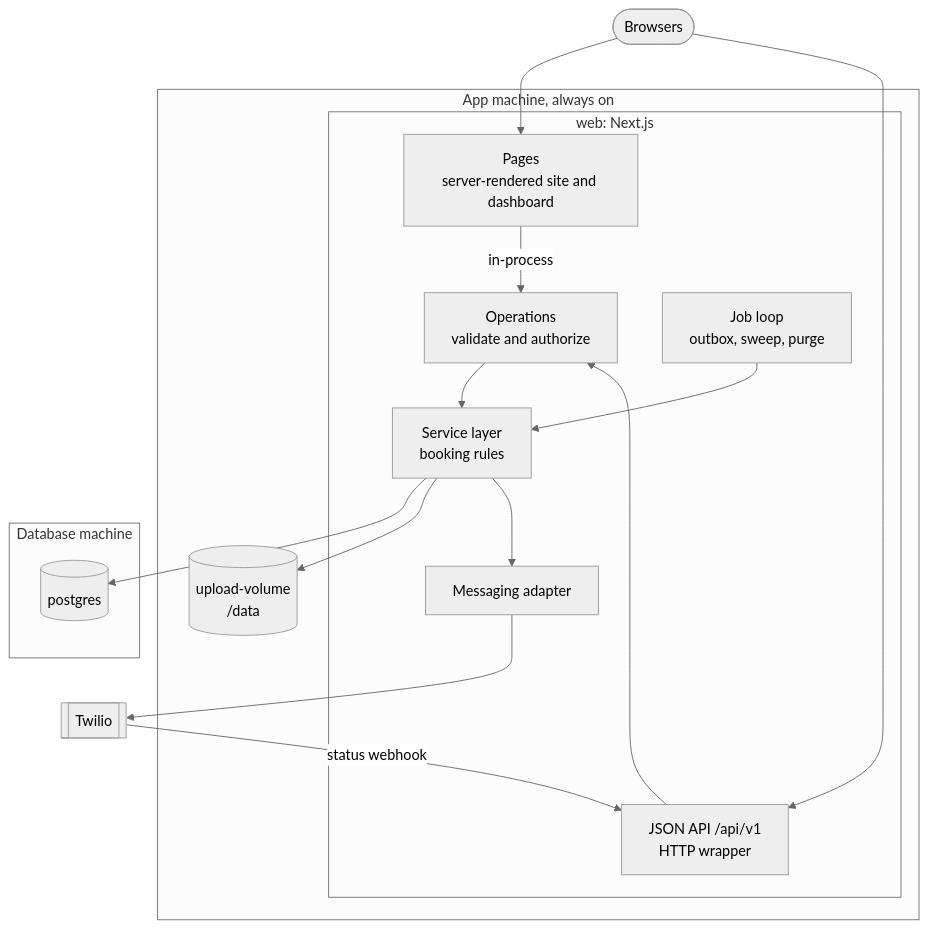
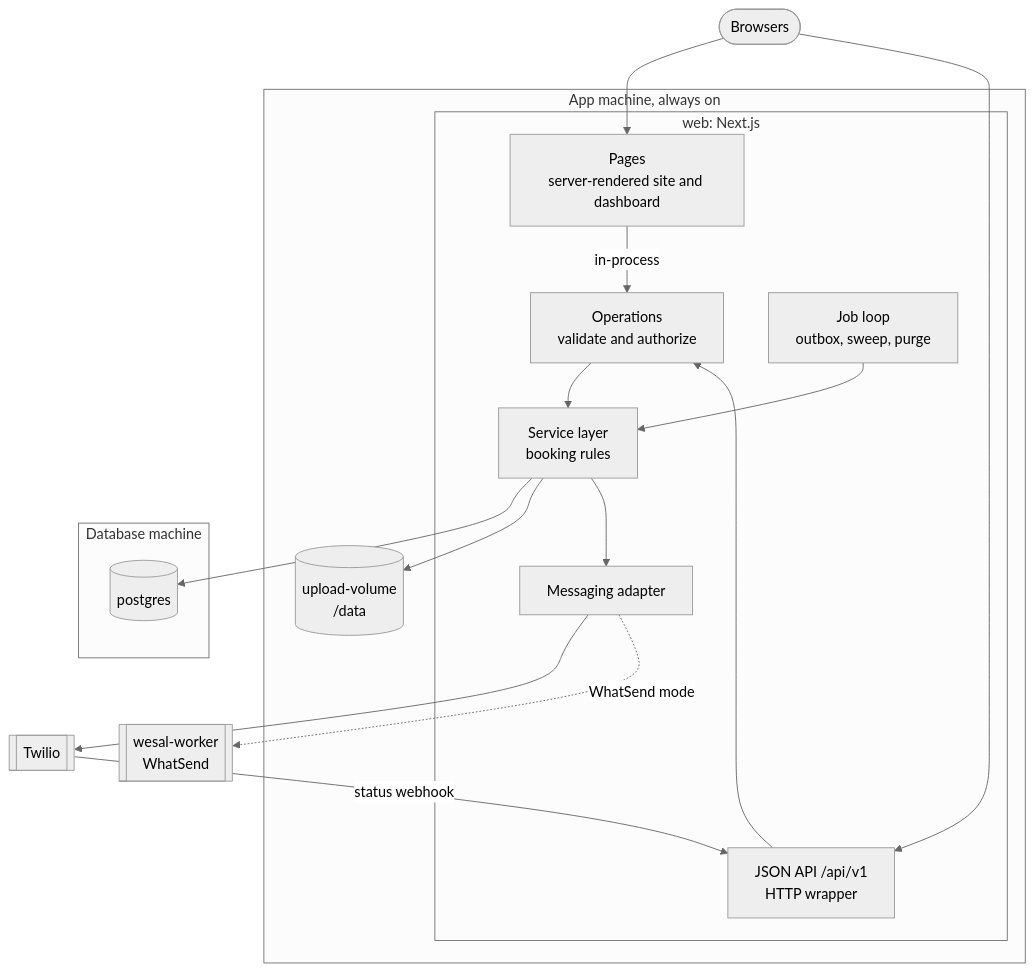
One commit to ZamzamMasjid/wesal changed the second of 3 diagrams in docs/architecture/overview.md. Above: the diagram before and after it, drawn with Mermaid (neutral theme). The commit also changed other lines of this file and 15 other files, not shown here.

First line of the commit message:
docs: reconcile the architecture with the WhatSend provider:

````diff
--- a/docs/architecture/overview.md
+++ b/docs/architecture/overview.md
@@ -50,30 +56,32 @@
 ```mermaid
 flowchart TB
   browser([Browsers])
   twilio[[Twilio]]
+  worker[[wesal-worker<br/>WhatSend]]
   subgraph appmachine [App machine, always on]
     subgraph web [web: Next.js]
       pages[Pages<br/>server-rendered site and dashboard]
       api[JSON API /api/v1<br/>HTTP wrapper]
       ops[Operations<br/>validate and authorize]
       services[Service layer<br/>booking rules]
       jobs[Job loop<br/>outbox, sweep, purge]
       adapter[Messaging adapter]
     end
     volume[(upload-volume<br/>/data)]
   end
   subgraph dbmachine [Database machine]
     postgres[(postgres)]
   end
   browser --> pages
   browser --> api
   pages -- in-process --> ops
   api --> ops
   ops --> services
   jobs --> services
   services --> postgres
   services --> volume
   services --> adapter
   adapter --> twilio
+  adapter -. WhatSend mode .-> worker
   twilio -- status webhook --> api
 ```
````
